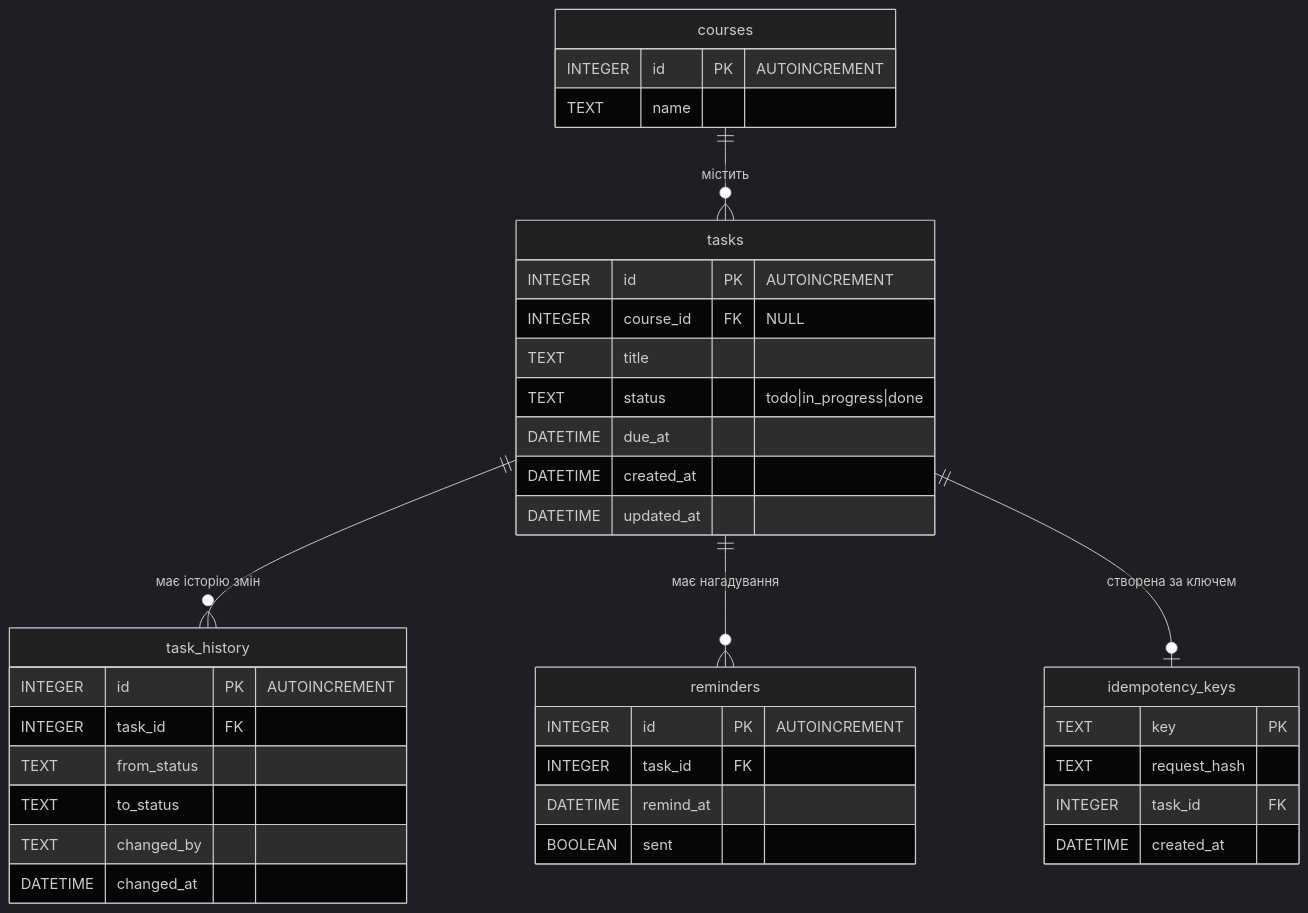
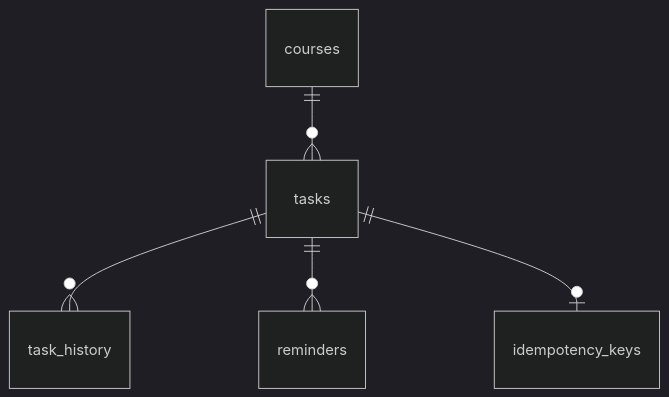
Before and after one commit to respekttt/deadlinemanager: the diagram in standards/spec.md, drawn with Mermaid (dark theme). The commit also changed other lines of this file and 2 other files, not shown here.

````diff
--- a/standards/spec.md
+++ b/standards/spec.md
@@ -76,45 +55,7 @@
 ```mermaid
 erDiagram
-    courses ||--o{ tasks : "містить"
-    tasks ||--o{ task_history : "має історію змін"
-    tasks ||--o{ reminders : "має нагадування"
-    tasks ||--o| idempotency_keys : "створена за ключем"
-
-    courses {
-        INTEGER id PK "AUTOINCREMENT"
-        TEXT name
-    }
-
-    tasks {
-        INTEGER id PK "AUTOINCREMENT"
-        INTEGER course_id FK "NULL"
-        TEXT title
-        TEXT status "todo|in_progress|done"
-        DATETIME due_at
-        DATETIME created_at
-        DATETIME updated_at
-    }
-
-    task_history {
-        INTEGER id PK "AUTOINCREMENT"
-        INTEGER task_id FK
-        TEXT from_status
-        TEXT to_status
-        TEXT changed_by
-        DATETIME changed_at
-    }
-
-    idempotency_keys {
-        TEXT key PK
-        TEXT request_hash
-        INTEGER task_id FK
-        DATETIME created_at
-    }
-
-    reminders {
-        INTEGER id PK "AUTOINCREMENT"
-        INTEGER task_id FK
-        DATETIME remind_at
-        BOOLEAN sent
-    }
+    courses ||--o{ tasks : ""
+    tasks ||--o{ task_history : ""
+    tasks ||--o{ reminders : ""
+    tasks ||--o| idempotency_keys : ""
 ```
````
